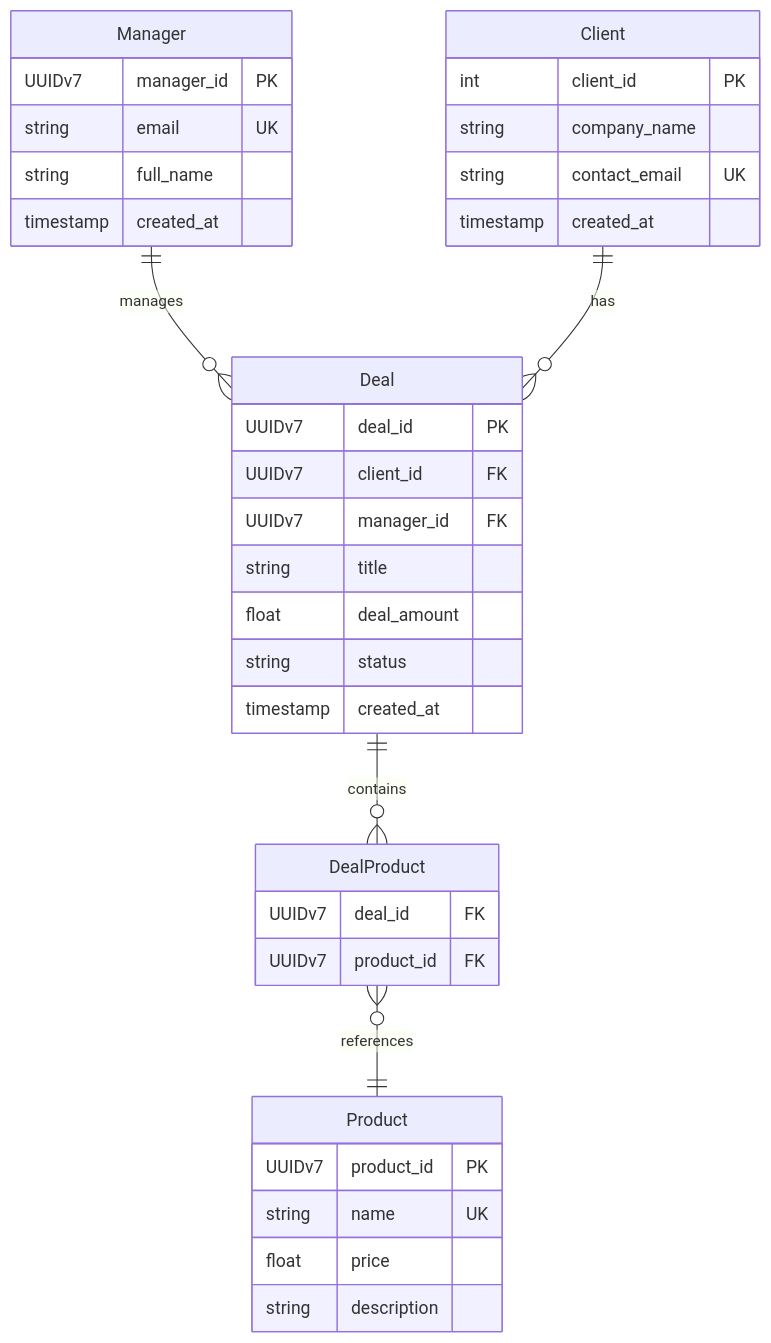
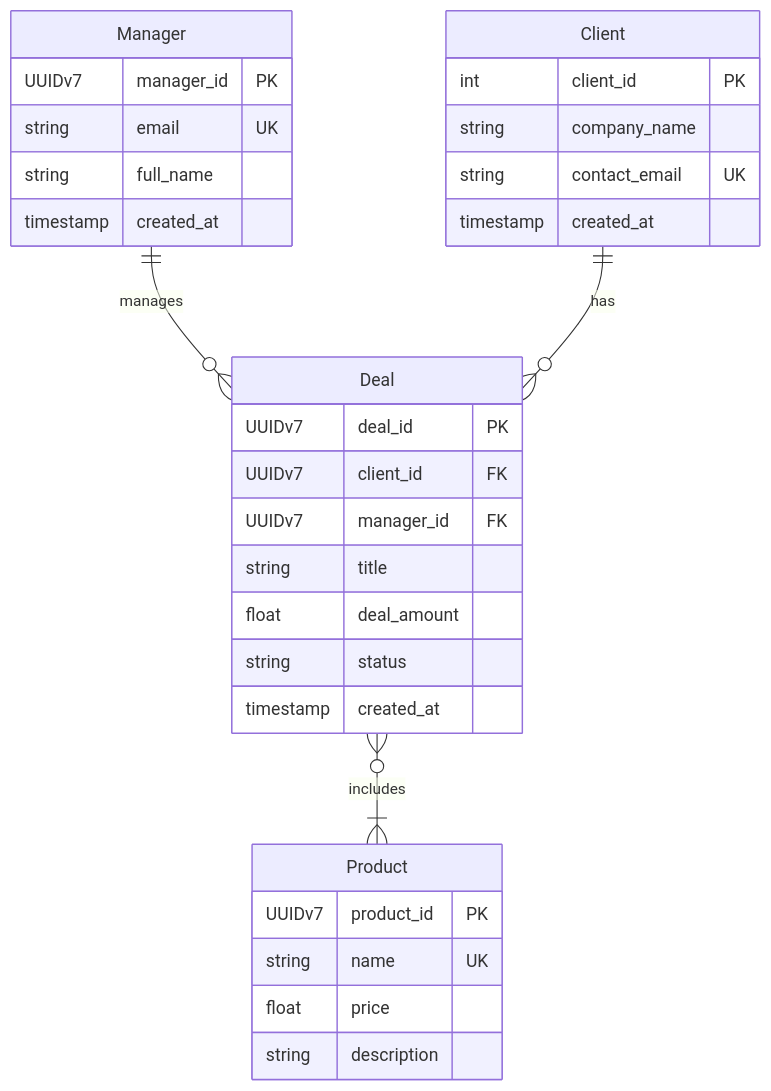
One commit to VitalityTech/SRMA_Labs changed the diagram in lab1/model/er-diagram.mmd. Above: the diagram before and after it, drawn with Mermaid. The commit also changed 1 other file, not shown here.

Commit message:
fix(lab1): add strict M:N criterion — remove DealProduct junction entity
Audit discrepancy 1: AI created DealProduct junction table for Deal-Product
relationship. Added explicit prohibition on associative entities for M:N
without own attributes. Regenerated model.

```diff
--- a/lab1/model/er-diagram.mmd
+++ b/lab1/model/er-diagram.mmd
@@ -1,37 +1,32 @@
 erDiagram
     Manager ||--o{ Deal : manages
     Client ||--o{ Deal : has
-    Deal ||--o{ DealProduct : contains
-    DealProduct }o--|| Product : references
+    Deal }o--|{ Product : includes
 
     Manager {
         UUIDv7 manager_id PK
         string email UK
         string full_name
         timestamp created_at
     }
     Client {
         int client_id PK
         string company_name
         string contact_email UK
         timestamp created_at
     }
     Deal {
         UUIDv7 deal_id PK
         UUIDv7 client_id FK
         UUIDv7 manager_id FK
         string title
         float deal_amount
         string status
         timestamp created_at
     }
-    DealProduct {
-        UUIDv7 deal_id FK
-        UUIDv7 product_id FK
-    }
     Product {
         UUIDv7 product_id PK
         string name UK
         float price
         string description
     }
```
